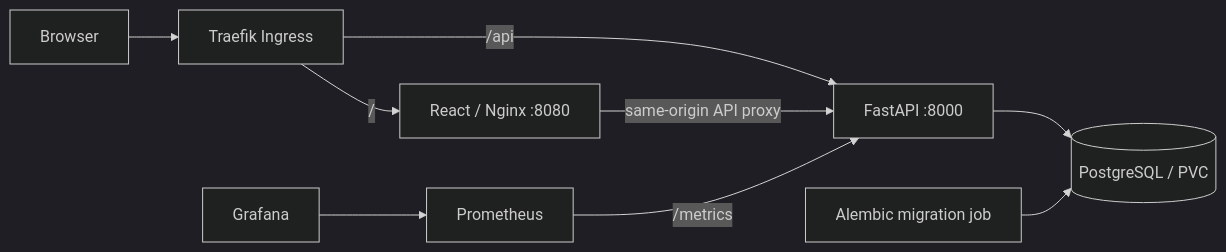
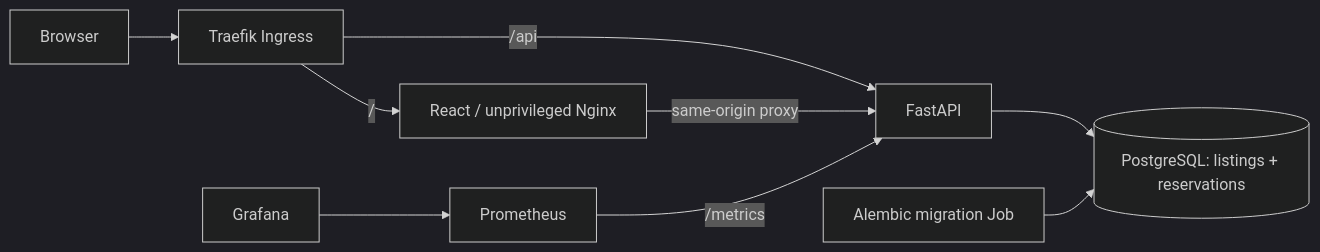
One commit to THRISHAL12345/lastbite changed the first of 2 diagrams in README.md. Above: the diagram before and after it, drawn with Mermaid (dark theme). The commit also changed other lines of this file and 117 other files, not shown here.

````diff
--- a/README.md
+++ b/README.md
@@ -42,11 +36,11 @@
 ```mermaid
 flowchart LR
     Browser --> Ingress[Traefik Ingress]
-    Ingress -->|/| Frontend[React / Nginx :8080]
-    Ingress -->|/api| API[FastAPI :8000]
-    Frontend -->|same-origin API proxy| API
-    API --> DB[(PostgreSQL / PVC)]
-    Migration[Alembic migration job] --> DB
+    Ingress -->|/| Frontend[React / unprivileged Nginx]
+    Ingress -->|/api| API[FastAPI]
+    Frontend -->|same-origin proxy| API
+    API --> DB[(PostgreSQL: listings + reservations)]
+    Migration[Alembic migration Job] --> DB
     Prometheus -->|/metrics| API
     Grafana --> Prometheus
 ```
````
